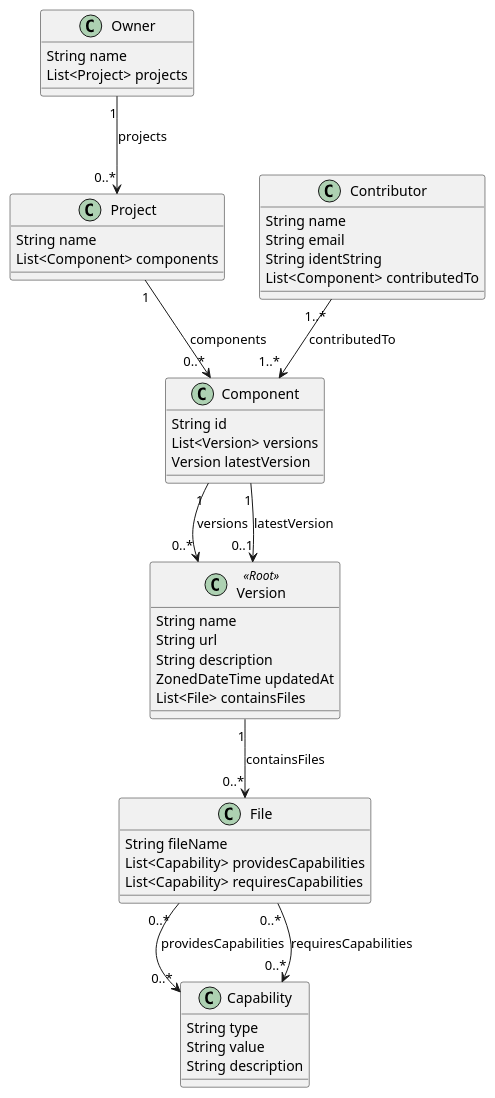
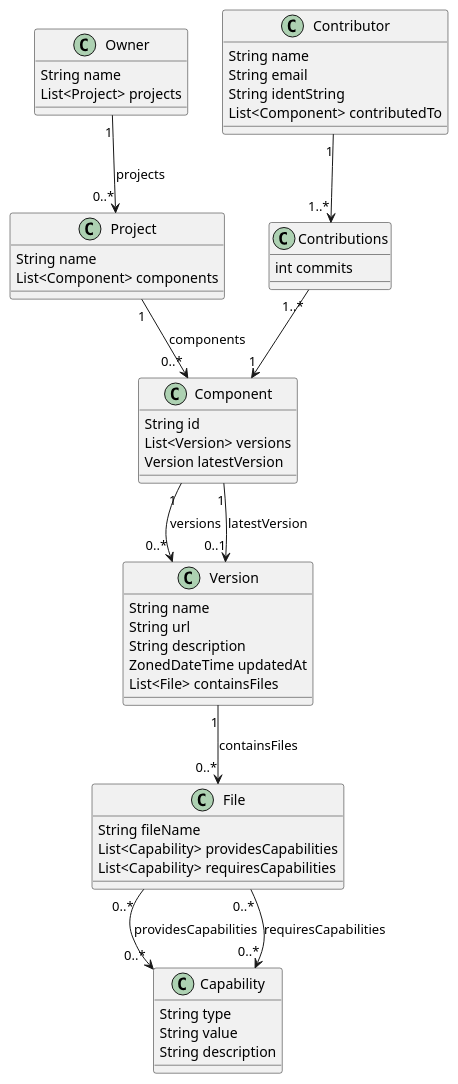
The diagram in documentation/src/main/asciidoc/model.puml (jqassistant-tooling/jqassistant-component-dashboard), drawn with PlantUML before and after one commit.

Commit message:
#103 extended model.puml with Contributions per Contributor

```diff
--- a/documentation/src/main/asciidoc/model.puml
+++ b/documentation/src/main/asciidoc/model.puml
@@ -1,56 +1,61 @@
 @startuml
 '!pragma layout smetana
 
 class Owner {
   String name
   List<Project> projects
 }
 
 class Project {
   String name
   List<Component> components
 }
 
 class Component {
   String id
   List<Version> versions
   Version latestVersion
 }
 
 class Contributor {
   String name
   String email
   String identString
   List<Component> contributedTo
 }
 
-class Version <<Root>> {
+class Contributions {
+  int commits
+}
+
+class Version {
   String name
   String url
   String description
   ZonedDateTime updatedAt
   List<File> containsFiles
 }
 
 class File {
   String fileName
   List<Capability> providesCapabilities
   List<Capability> requiresCapabilities
 }
 
 class Capability {
   String type
   String value
   String description
 }
 
 Owner        "1" --> "0..*" Project : projects
 Project      "1" --> "0..*" Component : components
 Component    "1" --> "0..*" Version : versions
 Component    "1" --> "0..1" Version : latestVersion
 Version      "1" --> "0..*" File : containsFiles
 File      "0..*" --> "0..*" Capability : providesCapabilities
 File      "0..*" --> "0..*" Capability : requiresCapabilities
 
-Contributor  "1..*" --> "1..* " Component : contributedTo
+Contributor      "1" --> "1..*" Contributions
+Contributions "1..*" --> "1" Component
 @enduml
```
